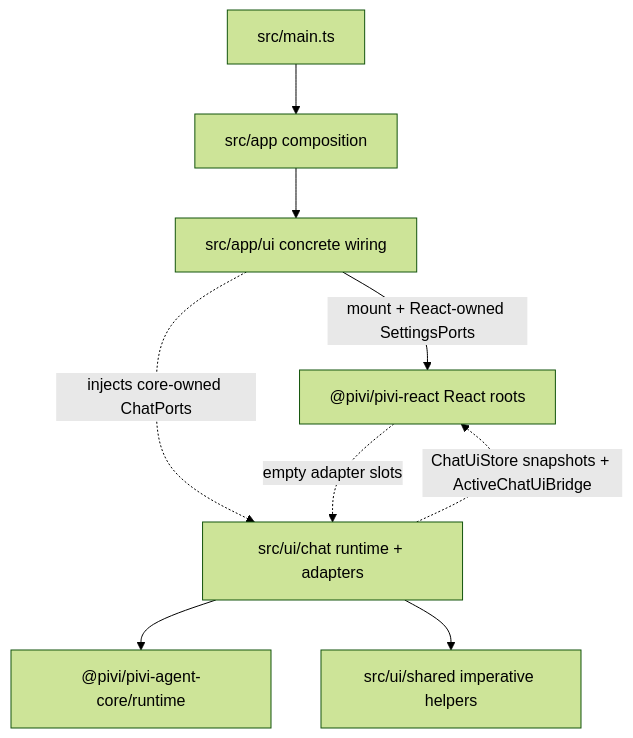
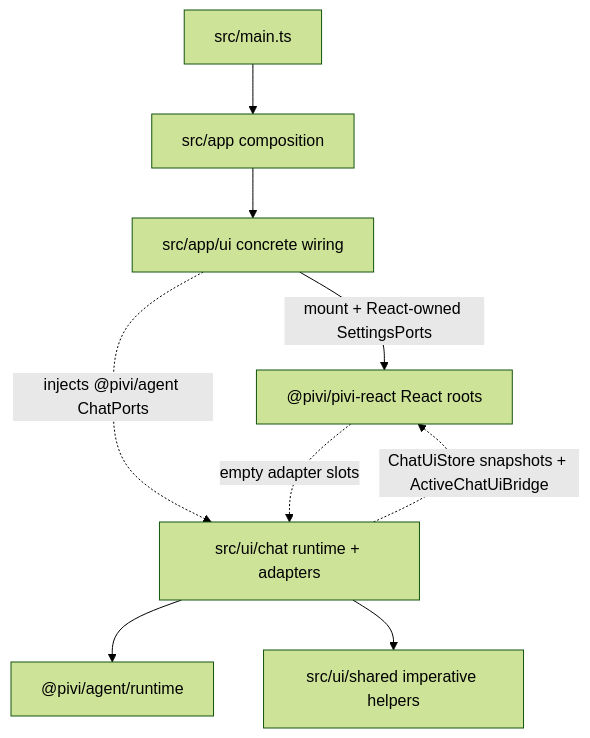
The diagram in src/ui/AGENTS.md (shuuul/obsidian-pivi), drawn with Mermaid (forest theme) before and after one commit. The commit also changed other lines of this file and 817 other files, not shown here.

First line of the commit message:
refactor(architecture): split agent package from Pi engine adapter

````diff
--- a/src/ui/AGENTS.md
+++ b/src/ui/AGENTS.md
@@ -13,11 +13,11 @@
 ```mermaid
 flowchart TD
   Main["src/main.ts"] --> App["src/app composition"]
   App --> AppUI["src/app/ui concrete wiring"]
   AppUI -- "mount + React-owned SettingsPorts" --> ReactUI["@pivi/pivi-react React roots"]
-  AppUI -. "injects core-owned ChatPorts" .-> Chat["src/ui/chat runtime + adapters"]
+  AppUI -. "injects @pivi/agent ChatPorts" .-> Chat["src/ui/chat runtime + adapters"]
   Chat -. "ChatUiStore snapshots + ActiveChatUiBridge" .-> ReactUI
   ReactUI -. "empty adapter slots" .-> Chat
-  Chat --> Runtime["@pivi/pivi-agent-core/runtime"]
+  Chat --> Runtime["@pivi/agent/runtime"]
   Chat --> Shared["src/ui/shared imperative helpers"]
 ```
````
